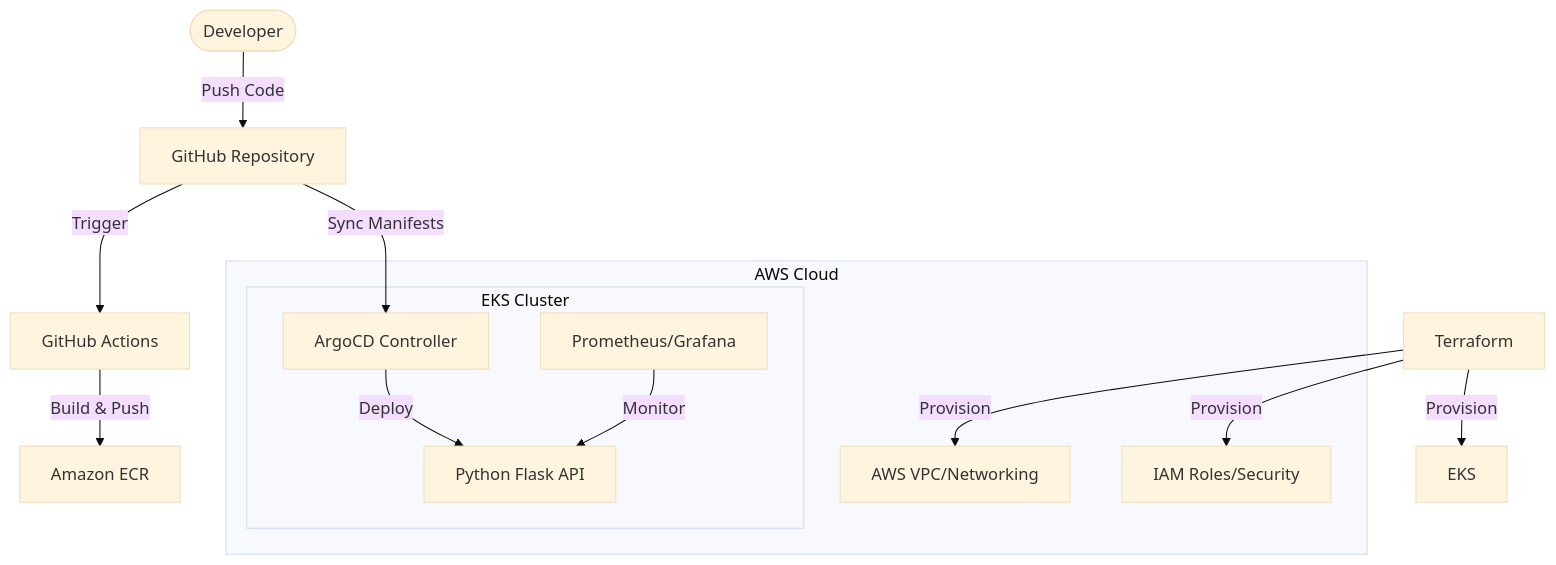
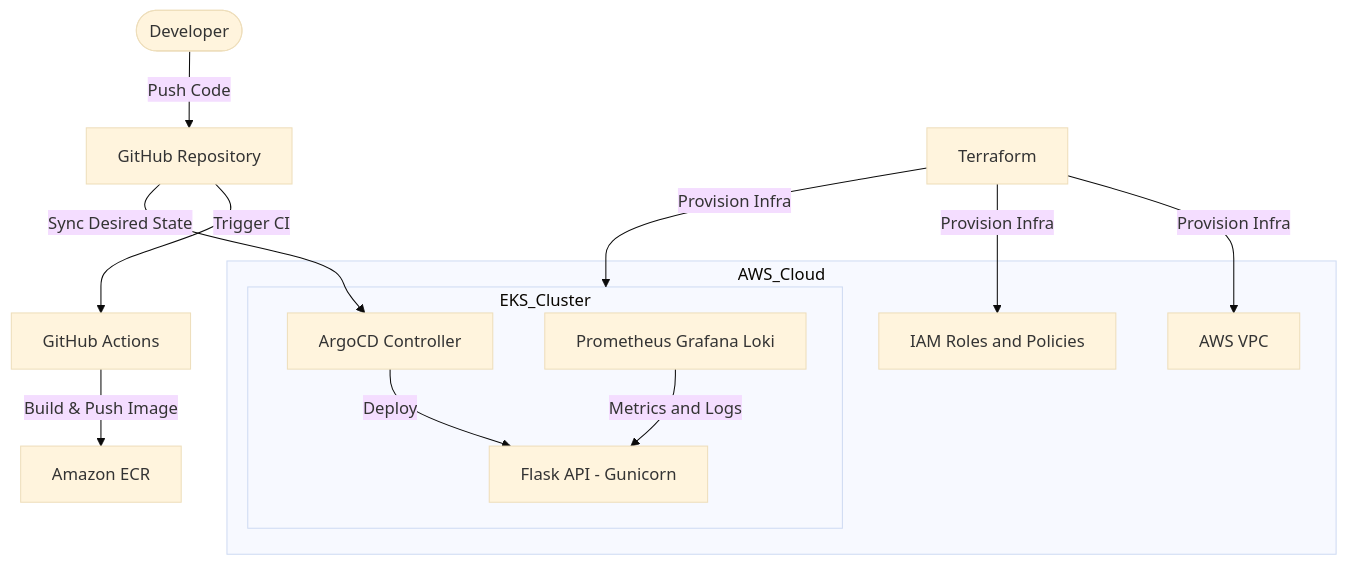
One commit to kunal-1207/cloud-native-devops-platform changed the diagram in README.md. Above: the diagram before and after it, drawn with Mermaid (base theme). The commit also changed other lines of this file, not shown here.

````diff
--- a/README.md
+++ b/README.md
@@ -18,23 +18,23 @@
 ```mermaid
 graph TD
     User([Developer]) -->|Push Code| Github[GitHub Repository]
-    Github -->|Trigger| GHA[GitHub Actions]
-    GHA -->|Build & Push| ECR[Amazon ECR]
+    Github -->|Trigger CI| GHA[GitHub Actions]
+    GHA -->|Build & Push Image| ECR[Amazon ECR]
     
-    subgraph AWS Cloud
-        subgraph EKS Cluster
+    subgraph AWS_Cloud
+        subgraph EKS_Cluster
             ArgoCD[ArgoCD Controller]
-            App[Python Flask API]
-            Prom[Prometheus/Grafana]
+            App[Flask API - Gunicorn]
+            Observability[Prometheus Grafana Loki]
         end
-        VPC[AWS VPC/Networking]
-        IAM[IAM Roles/Security]
+        VPC[AWS VPC]
+        IAM[IAM Roles and Policies]
     end
 
-    Github -->|Sync Manifests| ArgoCD
+    Github -->|Sync Desired State| ArgoCD
     ArgoCD -->|Deploy| App
-    Prom -->|Monitor| App
-    Terraform[Terraform] -->|Provision| VPC
-    Terraform -->|Provision| EKS
-    Terraform -->|Provision| IAM
+    Observability -->|Metrics and Logs| App
+    Terraform[Terraform] -->|Provision Infra| VPC
+    Terraform -->|Provision Infra| EKS_Cluster
+    Terraform -->|Provision Infra| IAM
 ```
````
